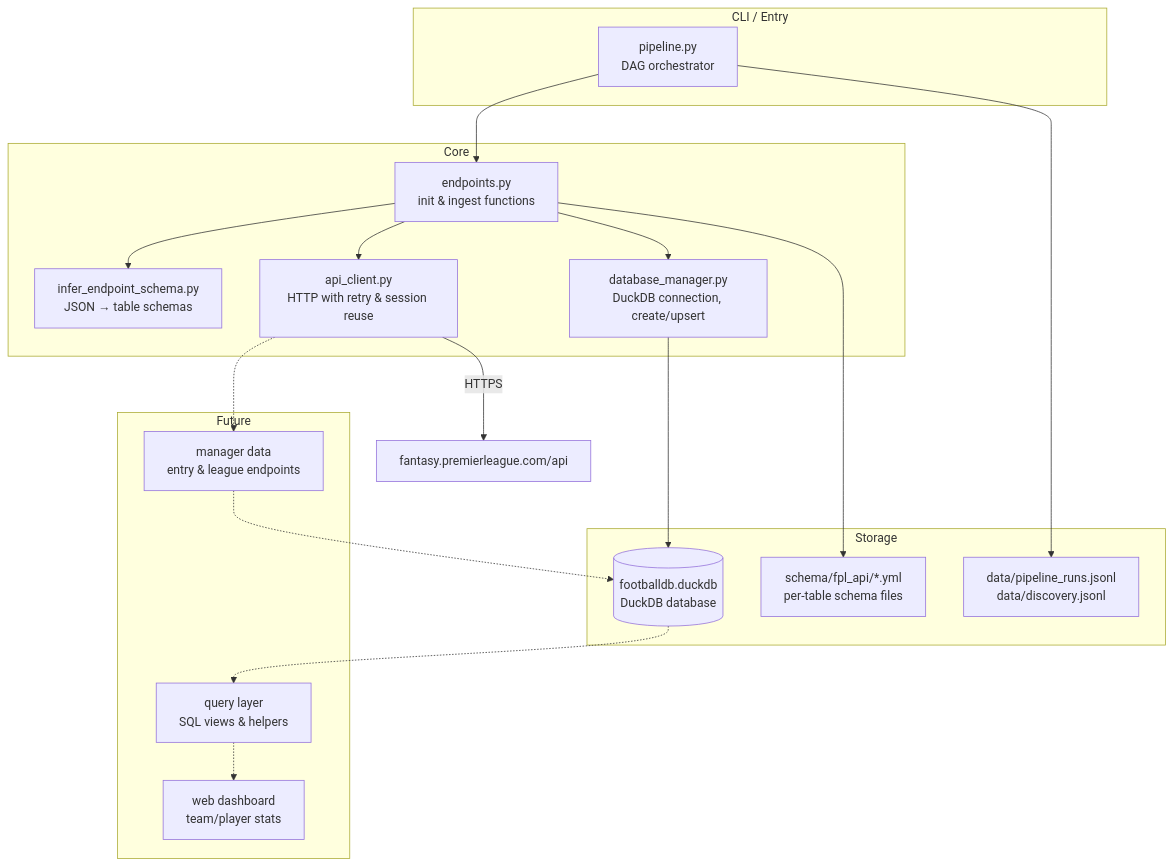
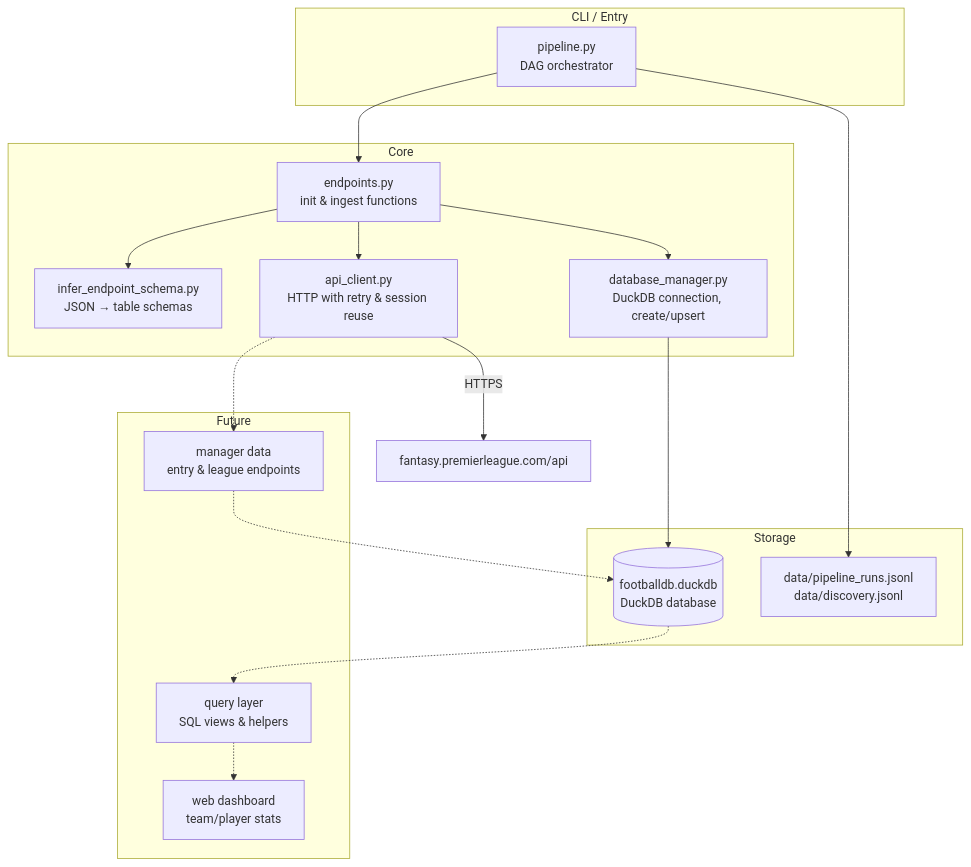
One commit to ultraglorious/fpl-vault changed the diagram in README.md. Above: the diagram before and after it, drawn with Mermaid. The commit also changed other lines of this file and 19 other files, not shown here.

First line of the commit message:
Gitignore schema/fpl_api/, keep example in README

````diff
--- a/README.md
+++ b/README.md
@@ -39,40 +39,38 @@
 ```mermaid
 graph TD
     subgraph "CLI / Entry"
         pipeline["pipeline.py<br/>DAG orchestrator"]
     end
 
     subgraph "Core"
         endpoints["endpoints.py<br/>init & ingest functions"]
         infer["infer_endpoint_schema.py<br/>JSON → table schemas"]
         db["database_manager.py<br/>DuckDB connection, create/upsert"]
         client["api_client.py<br/>HTTP with retry & session reuse"]
     end
 
     subgraph "Storage"
         duckdb[("footballdb.duckdb<br/>DuckDB database")]
-        schema["schema/fpl_api/*.yml<br/>per-table schema files"]
         logs["data/pipeline_runs.jsonl<br/>data/discovery.jsonl"]
     end
 
     subgraph "Future"
         queries["query layer<br/>SQL views & helpers"]
         dashboard["web dashboard<br/>team/player stats"]
         manager["manager data<br/>entry & league endpoints"]
     end
 
     pipeline --> endpoints
     endpoints --> infer
     endpoints --> db
     endpoints --> client
     client -->|"HTTPS"| fpl["fantasy.premierleague.com/api"]
 
     db --> duckdb
-    endpoints --> schema
     pipeline --> logs
 
     duckdb -.-> queries
     queries -.-> dashboard
     client -.-> manager
     manager -.-> duckdb
 ```
````
